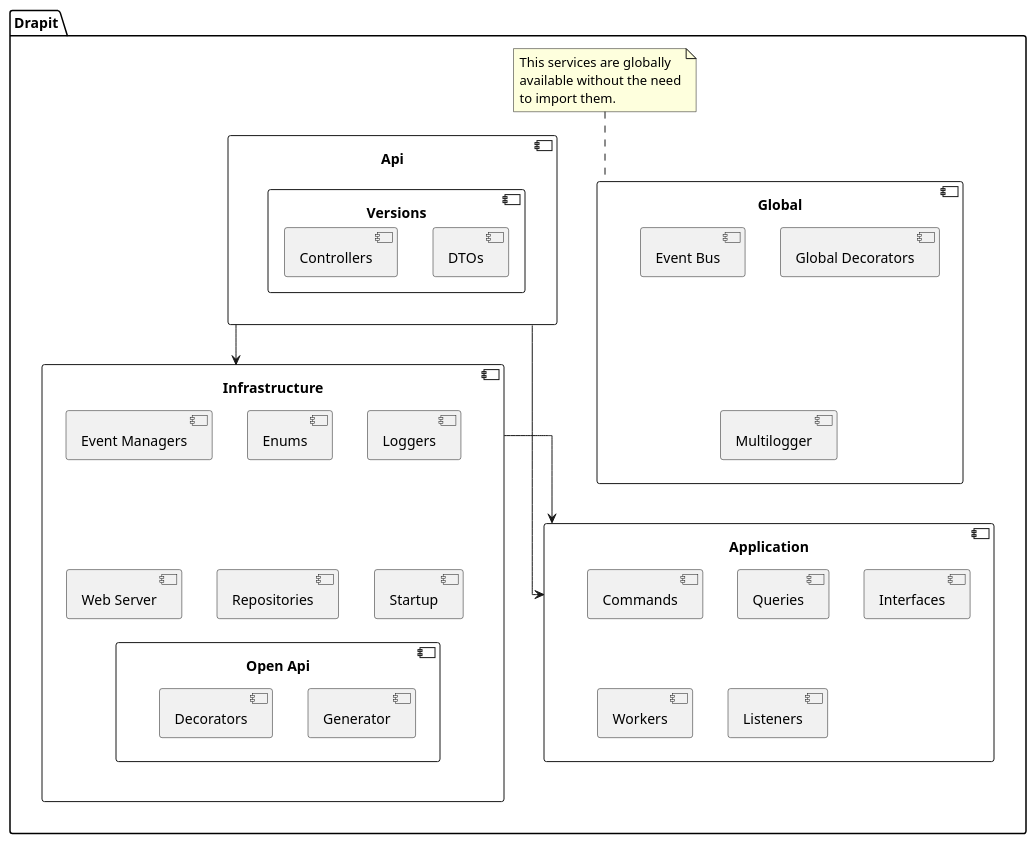
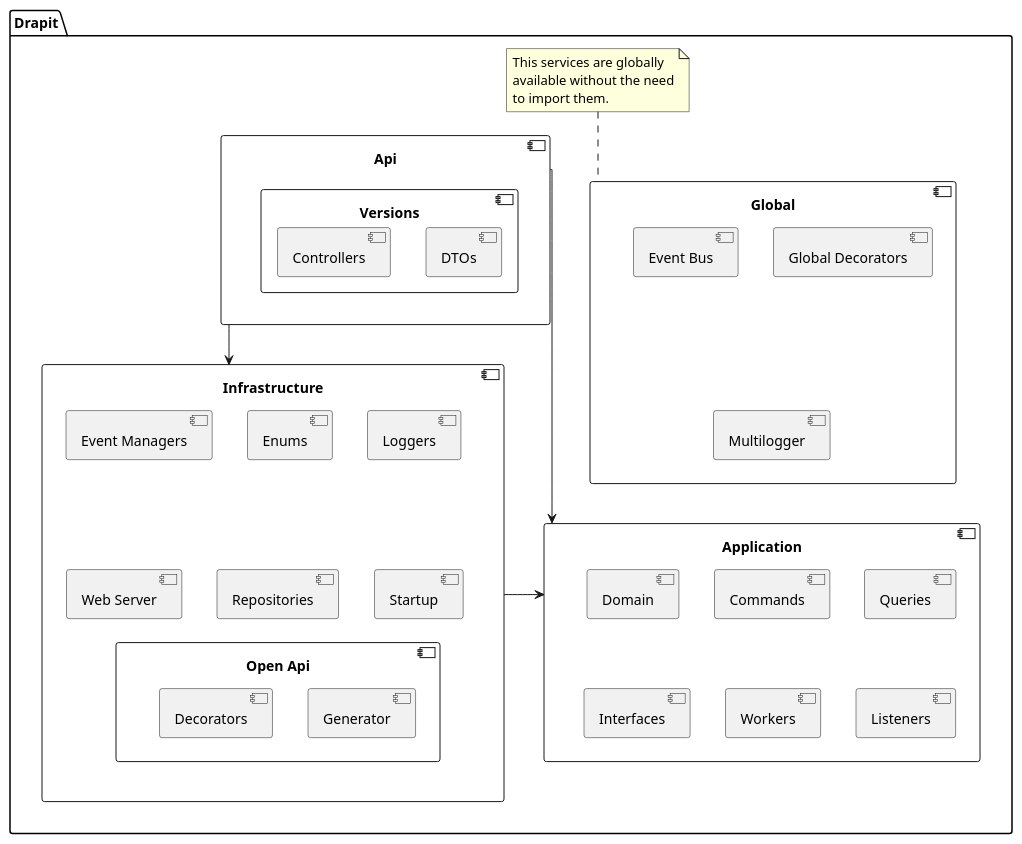
The diagram in docs/diagrams/components.puml (drapit/drapit), drawn with PlantUML before and after one commit. The commit also changed 75 other files, not shown here.

Commit message:
refactor: adapt directory structrure to the architecture diagram

```diff
--- a/docs/diagrams/components.puml
+++ b/docs/diagrams/components.puml
@@ -1,55 +1,56 @@
 @startuml
 skinparam linetype ortho
 
 top to bottom direction
 
 package "Drapit" {
   component Api {
     component Versions {
       [DTOs]
       [Controllers]
     }
   }
 
   component Global as G {
     [Global Decorators]
     [Event Bus]
     [Multilogger]
   }
 
 
   component Infrastructure {
     [Enums]
     [Event Managers] as EM
     [Loggers]
     [Repositories]
     [Web Server] as WS
 
     component "Open Api" as OA {
       [Generator]
       [Decorators]
     }
     [Startup]
 
 
     WS -[hidden]d-> OA
     WS -[hidden]up-> EM
   }
 
   component Application {
+    [Domain]
     [Commands]
     [Queries]
     [Enums]
     [Interfaces]
     [Workers]
     [Listeners]
   }
 
   note top of G: This services are globally\navailable without the need\nto import them.
 
   Api --> Application
   Api --> Infrastructure
   Infrastructure --> Application
 }
 
 @enduml
```
